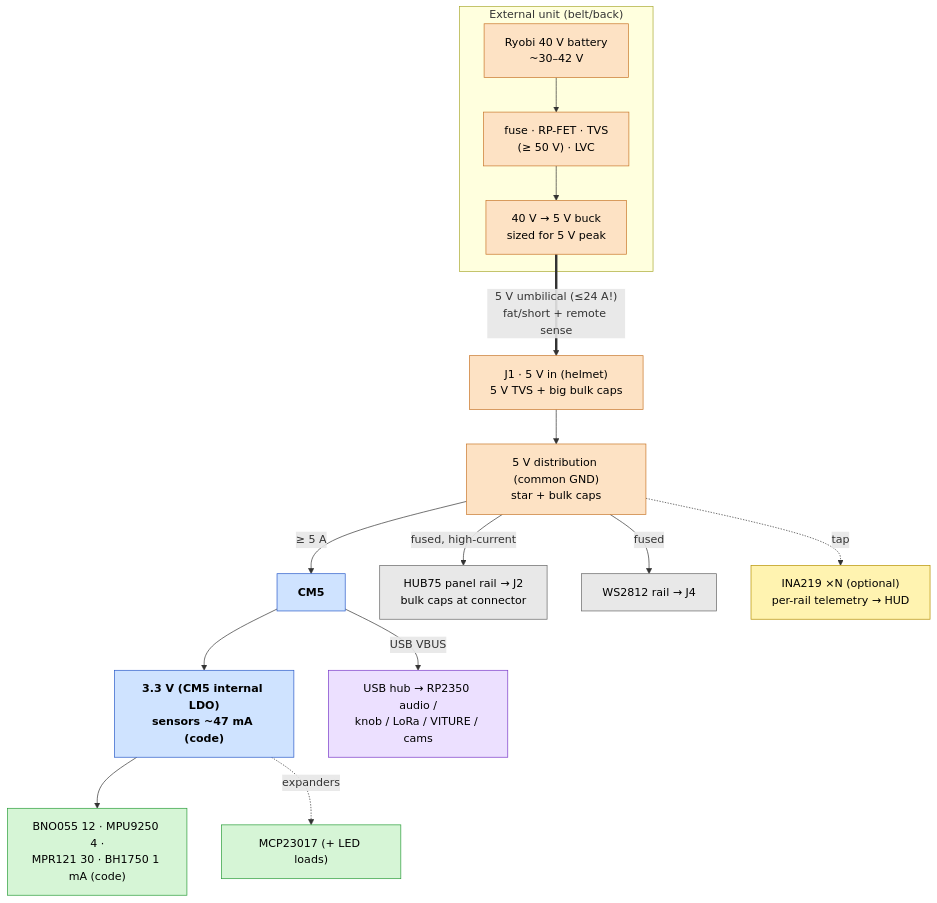
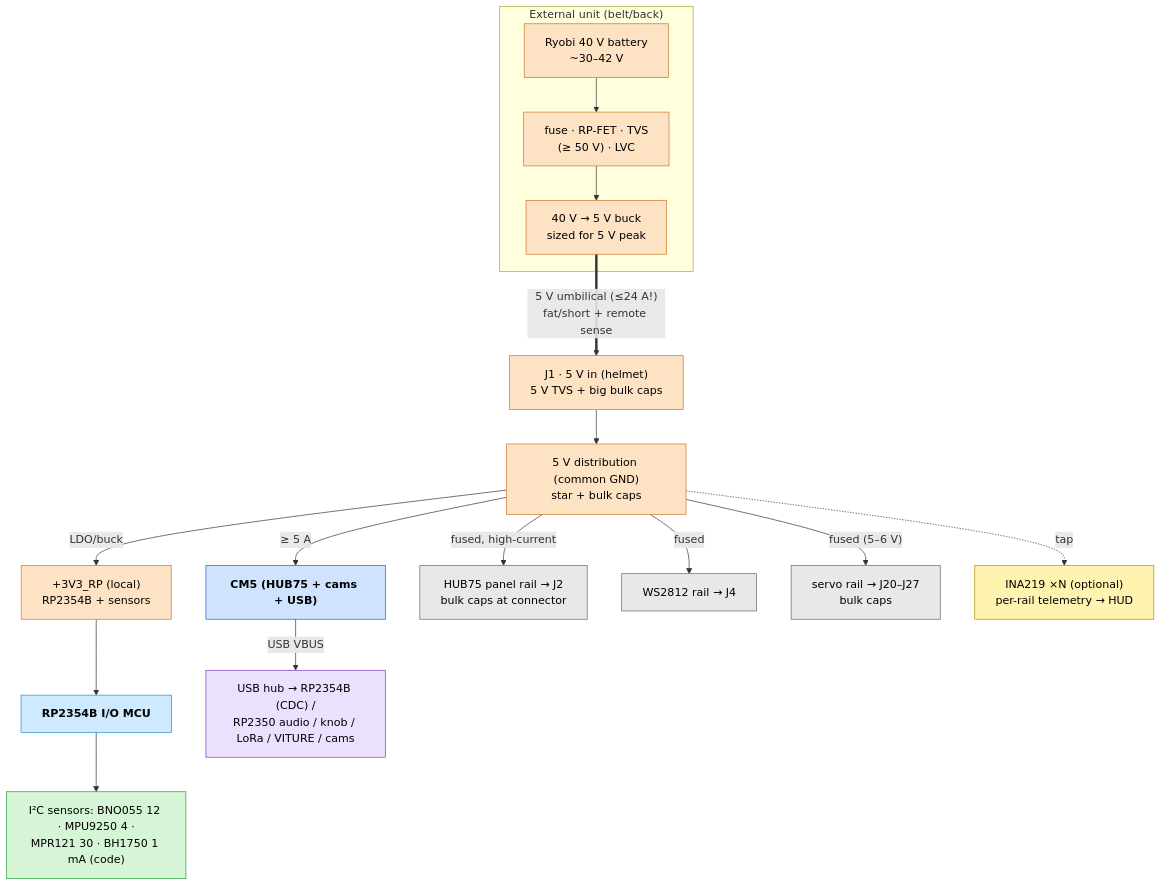
One commit to brooksthemaker/ProtoHUD changed the diagram in hardware/carrier-board/POWER.md. Above: the diagram before and after it, drawn with Mermaid. The commit also changed other lines of this file and 21 other files, not shown here.

````diff
--- a/hardware/carrier-board/POWER.md
+++ b/hardware/carrier-board/POWER.md
@@ -19,29 +22,31 @@
 ```mermaid
 flowchart TB
     subgraph EXT["External unit (belt/back)"]
         IN["Ryobi 40 V battery<br/>~30–42 V"]:::pwr
         PROT["fuse · RP-FET · TVS<br/>(≥ 50 V) · LVC"]:::pwr
         BUCK["40 V → 5 V buck<br/>sized for 5 V peak"]:::pwr
         IN --> PROT --> BUCK
     end
     BUCK ==>|"5 V umbilical (≤24 A!)<br/>fat/short + remote sense"| J1["J1 · 5 V in (helmet)<br/>5 V TVS + big bulk caps"]:::pwr
     J1 --> BUS["5 V distribution (common GND)<br/>star + bulk caps"]:::pwr
 
-    BUS -->|"≥ 5 A"| CM5["CM5"]:::cm5
-    CM5 --> R33["3.3 V (CM5 internal LDO)<br/>sensors ~47 mA (code)"]:::cm5
-    R33 --> SENS["BNO055 12 · MPU9250 4 ·<br/>MPR121 30 · BH1750 1 mA (code)"]:::dir
-    R33 -. expanders .-> EXP["MCP23017 (+ LED loads)"]:::dir
+    BUS -->|"≥ 5 A"| CM5["CM5 (HUB75 + cams + USB)"]:::cm5
+    BUS -->|"LDO/buck"| R33["+3V3_RP (local)<br/>RP2354B + sensors"]:::pwr
+    R33 --> RP["RP2354B I/O MCU"]:::rp
+    RP --> SENS["I²C sensors: BNO055 12 · MPU9250 4 ·<br/>MPR121 30 · BH1750 1 mA (code)"]:::dir
 
     BUS -->|"fused, high-current"| HUB["HUB75 panel rail → J2<br/>bulk caps at connector"]:::load
     BUS -->|"fused"| LED["WS2812 rail → J4"]:::load
-    CM5 -->|"USB VBUS"| USB["USB hub → RP2350 audio /<br/>knob / LoRa / VITURE / cams"]:::usb
+    BUS -->|"fused (5–6 V)"| SRV["servo rail → J20–J27<br/>bulk caps"]:::load
+    CM5 -->|"USB VBUS"| USB["USB hub → RP2354B (CDC) /<br/>RP2350 audio / knob / LoRa / VITURE / cams"]:::usb
 
     BUS -. tap .-> INA["INA219 ×N (optional)<br/>per-rail telemetry → HUD"]:::opt
 
     classDef pwr  fill:#fde2c4,stroke:#c9772a,color:#000;
     classDef cm5  fill:#cfe3ff,stroke:#2a5bc9,color:#000,font-weight:bold;
+    classDef rp   fill:#cfeaff,stroke:#1f8fc9,color:#000,font-weight:bold;
     classDef load fill:#e8e8e8,stroke:#666,color:#000;
     classDef dir  fill:#d6f5d6,stroke:#2a9d3a,color:#000;
     classDef usb  fill:#ece0ff,stroke:#7a3ac9,color:#000;
     classDef opt  fill:#fff3b0,stroke:#b59000,color:#000;
 ```
````
